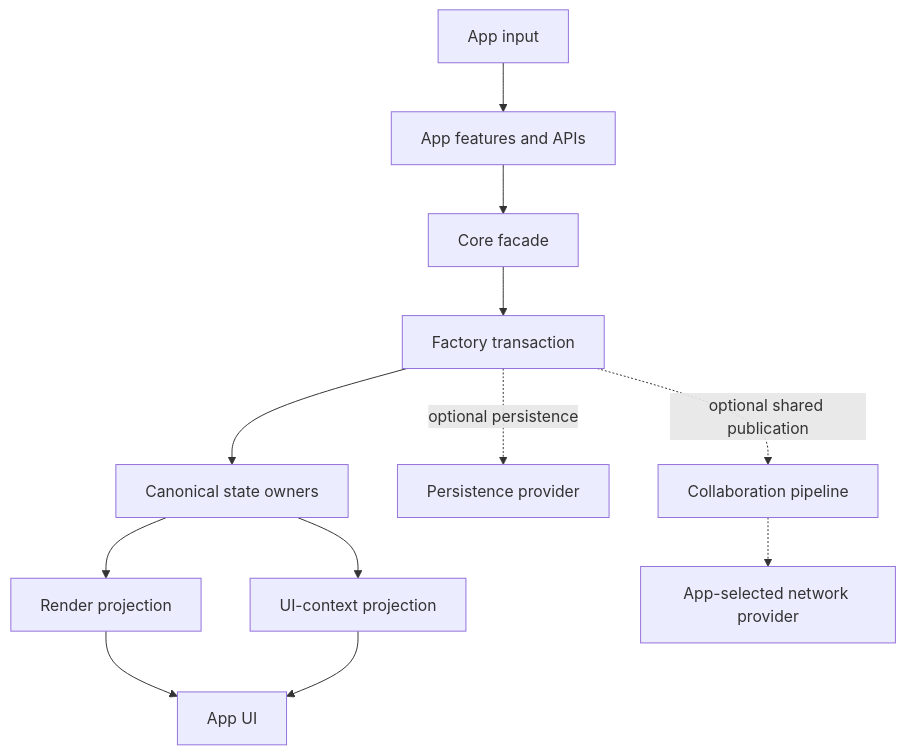
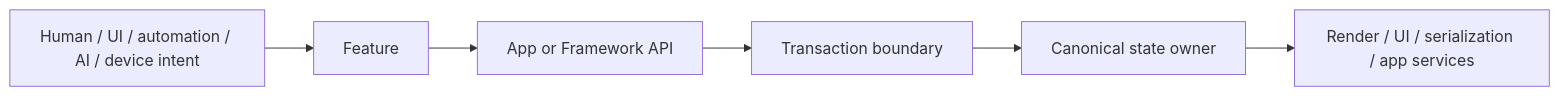
Before and after one commit to karote00/asra: the diagram in README.md, drawn with Mermaid. The commit also changed other lines of this file and 272 other files, not shown here.

````diff
--- a/README.md
+++ b/README.md
@@ -36,14 +56,11 @@
 ```mermaid
-flowchart TD
-    Input["App input"] --> Feature["App features and APIs"]
-    Feature --> Core["Core facade"]
-    Core --> Factory["Factory transaction"]
-    Factory --> Owners["Canonical state owners"]
-    Owners --> Render["Render projection"]
-    Owners --> UIContext["UI-context projection"]
-    Render --> AppUI["App UI"]
-    UIContext --> AppUI
-    Factory -. "optional persistence" .-> Persistence["Persistence provider"]
-    Factory -. "optional shared publication" .-> Collaboration["Collaboration pipeline"]
-    Collaboration -.-> Provider["App-selected network provider"]
+flowchart LR
+  intent["Human / UI / automation / AI / device intent"]
+  feature["Feature"]
+  api["App or Framework API"]
+  transaction["Transaction boundary"]
+  state["Canonical state owner"]
+  projections["Render / UI / serialization / app services"]
+
+  intent --> feature --> api --> transaction --> state --> projections
 ```
````
